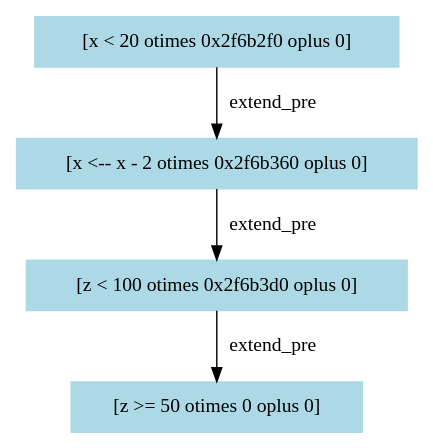
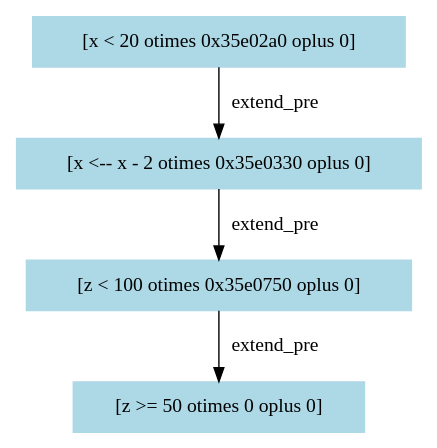
The diagram in outputs/weights-graphs/14.dot (RangerBu/st-checker), drawn with Graphviz before and after one commit. The commit also changed 51 other files, not shown here.

```diff
--- a/outputs/weights-graphs/14.dot
+++ b/outputs/weights-graphs/14.dot
@@ -1,9 +1,9 @@
 digraph "[x := 20]" {
-"0x2f6b280" [label="[x < 20 otimes 0x2f6b2f0 oplus 0]", color=lightblue,style=filled,shape=box]
-"0x2f6b280" -> "0x2f6b2f0" [label=extend_pre,color=black]
-"0x2f6b2f0" [label="[x <-- x - 2 otimes 0x2f6b360 oplus 0]", color=lightblue,style=filled,shape=box]
-"0x2f6b2f0" -> "0x2f6b360" [label=extend_pre,color=black]
-"0x2f6b360" [label="[z < 100 otimes 0x2f6b3d0 oplus 0]", color=lightblue,style=filled,shape=box]
-"0x2f6b360" -> "0x2f6b3d0" [label=extend_pre,color=black]
-"0x2f6b3d0" [label="[z >= 50 otimes 0 oplus 0]", color=lightblue,style=filled,shape=box]
+"0x35e0210" [label="[x < 20 otimes 0x35e02a0 oplus 0]", color=lightblue,style=filled,shape=box]
+"0x35e0210" -> "0x35e02a0" [label=extend_pre,color=black]
+"0x35e02a0" [label="[x <-- x - 2 otimes 0x35e0330 oplus 0]", color=lightblue,style=filled,shape=box]
+"0x35e02a0" -> "0x35e0330" [label=extend_pre,color=black]
+"0x35e0330" [label="[z < 100 otimes 0x35e0750 oplus 0]", color=lightblue,style=filled,shape=box]
+"0x35e0330" -> "0x35e0750" [label=extend_pre,color=black]
+"0x35e0750" [label="[z >= 50 otimes 0 oplus 0]", color=lightblue,style=filled,shape=box]
 }
```
